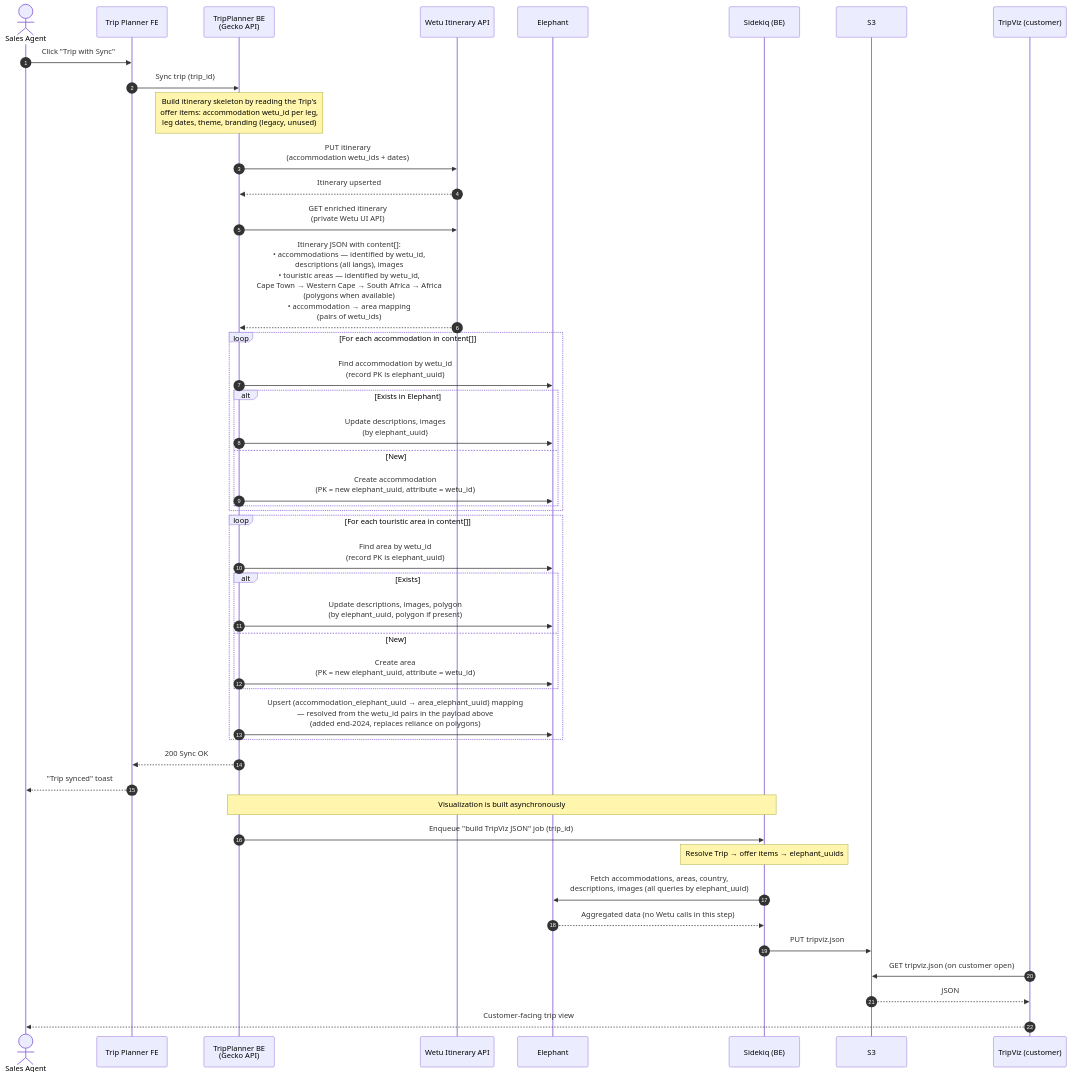
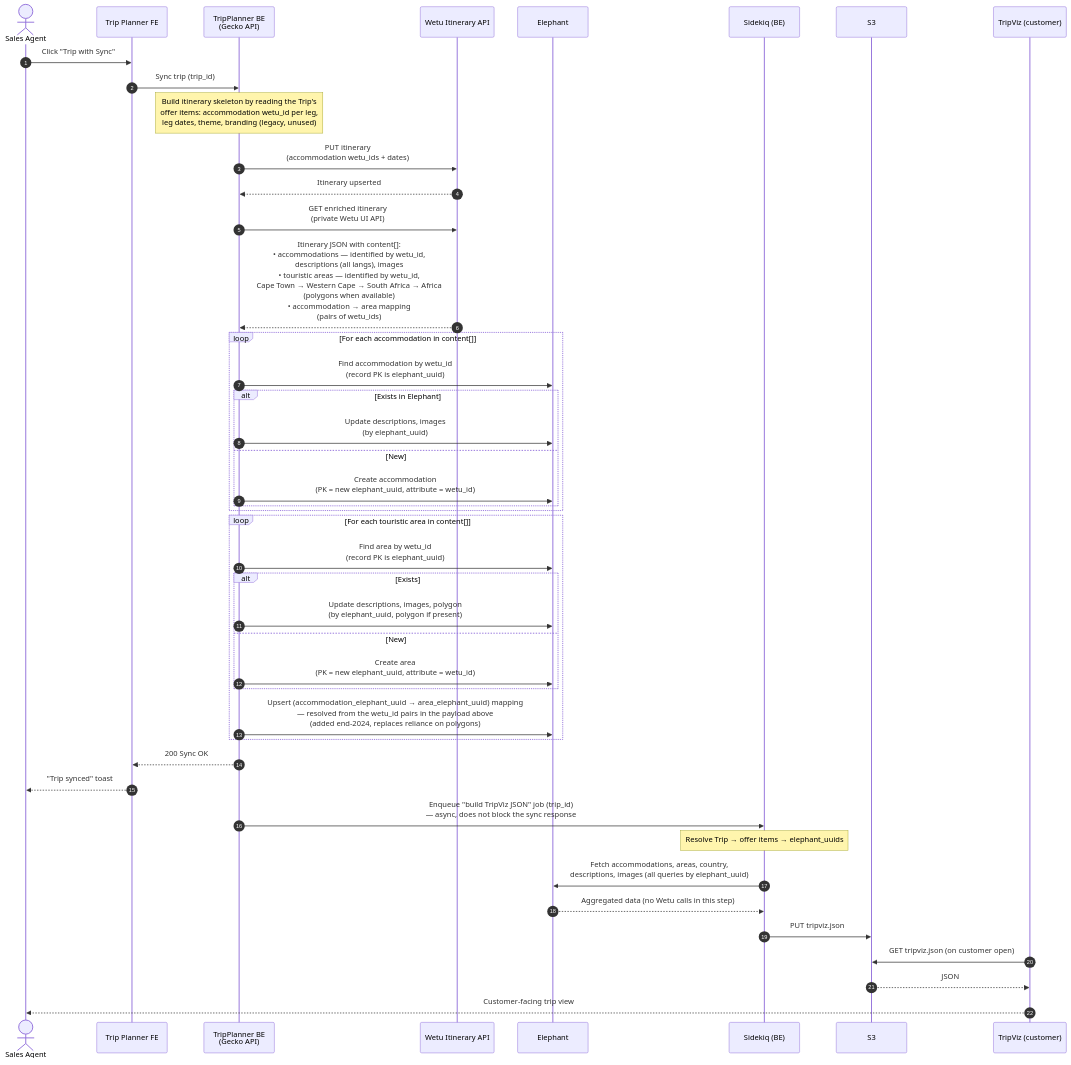
Before and after one commit to kliuchnikau-tourlane/ClaudeCowork: the third of 5 diagrams in OUTPUTS/2026-04-24_TripPlannerWetu-sequence-diagrams/TripPlannerWetu_Documentation.md, drawn with Mermaid. The commit also changed other lines of this file, not shown here.

First line of the commit message:
Clarify Diagram 3 link semantics; clean up cross-node notes

````diff
--- a/OUTPUTS/2026-04-24_TripPlannerWetu-sequence-diagrams/TripPlannerWetu_Documentation.md
+++ b/OUTPUTS/2026-04-24_TripPlannerWetu-sequence-diagrams/TripPlannerWetu_Documentation.md
@@ -104,55 +104,54 @@
 ```mermaid
 sequenceDiagram
     autonumber
     actor Agent as Sales Agent
     participant TP as Trip Planner FE
     participant BE as TripPlanner BE<br/>(Gecko API)
     participant Wetu as Wetu Itinerary API
     participant Eleph as Elephant
     participant SK as Sidekiq (BE)
     participant S3 as S3
     participant TripViz as TripViz (customer)
 
     Agent->>TP: Click "Trip with Sync"
     TP->>BE: Sync trip (trip_id)
     Note over BE: Build itinerary skeleton by reading the Trip's<br/>offer items: accommodation wetu_id per leg,<br/>leg dates, theme, branding (legacy, unused)
 
     BE->>Wetu: PUT itinerary<br/>(accommodation wetu_ids + dates)
     Wetu-->>BE: Itinerary upserted
     BE->>Wetu: GET enriched itinerary<br/>(private Wetu UI API)
     Wetu-->>BE: Itinerary JSON with content[]:<br/>• accommodations — identified by wetu_id,<br/>  descriptions (all langs), images<br/>• touristic areas — identified by wetu_id,<br/>  Cape Town → Western Cape → South Africa → Africa<br/>  (polygons when available)<br/>• accommodation → area mapping<br/>  (pairs of wetu_ids)
 
     loop For each accommodation in content[]
         BE->>Eleph: Find accommodation by wetu_id<br/>(record PK is elephant_uuid)
         alt Exists in Elephant
             BE->>Eleph: Update descriptions, images<br/>(by elephant_uuid)
         else New
             BE->>Eleph: Create accommodation<br/>(PK = new elephant_uuid, attribute = wetu_id)
         end
     end
 
     loop For each touristic area in content[]
         BE->>Eleph: Find area by wetu_id<br/>(record PK is elephant_uuid)
         alt Exists
             BE->>Eleph: Update descriptions, images, polygon<br/>(by elephant_uuid, polygon if present)
         else New
             BE->>Eleph: Create area<br/>(PK = new elephant_uuid, attribute = wetu_id)
         end
         BE->>Eleph: Upsert (accommodation_elephant_uuid → area_elephant_uuid) mapping<br/>— resolved from the wetu_id pairs in the payload above<br/>(added end-2024, replaces reliance on polygons)
     end
 
     BE-->>TP: 200 Sync OK
     TP-->>Agent: "Trip synced" toast
 
-    Note over BE,SK: Visualization is built asynchronously
-    BE->>SK: Enqueue "build TripViz JSON" job (trip_id)
+    BE->>SK: Enqueue "build TripViz JSON" job (trip_id)<br/>— async, does not block the sync response
 
     Note over SK: Resolve Trip → offer items → elephant_uuids
     SK->>Eleph: Fetch accommodations, areas, country,<br/>descriptions, images (all queries by elephant_uuid)
     Eleph-->>SK: Aggregated data (no Wetu calls in this step)
     SK->>S3: PUT tripviz.json
 
     TripViz->>S3: GET tripviz.json (on customer open)
     S3-->>TripViz: JSON
     TripViz-->>Agent: Customer-facing trip view
 ```
````
